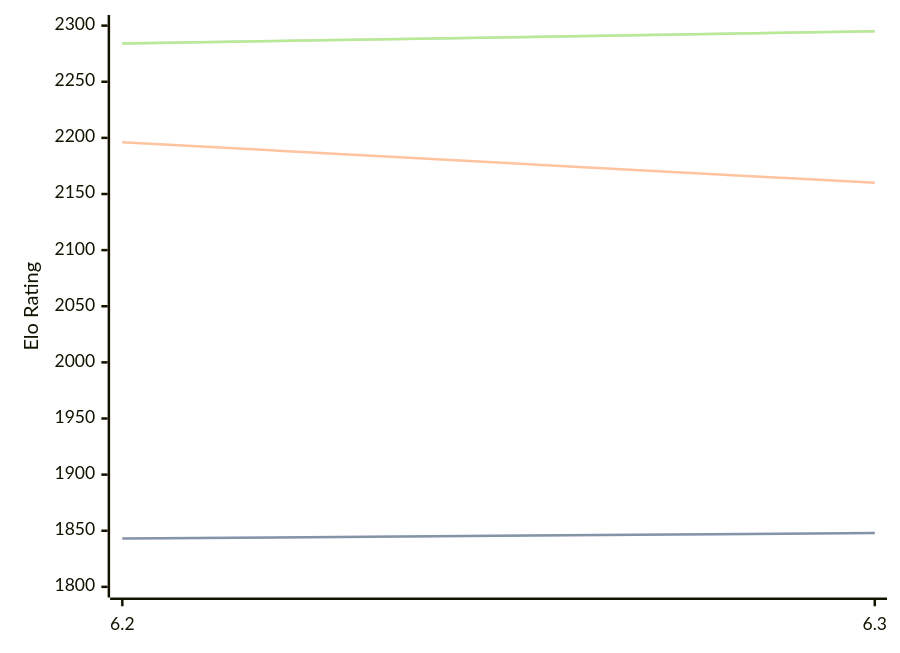
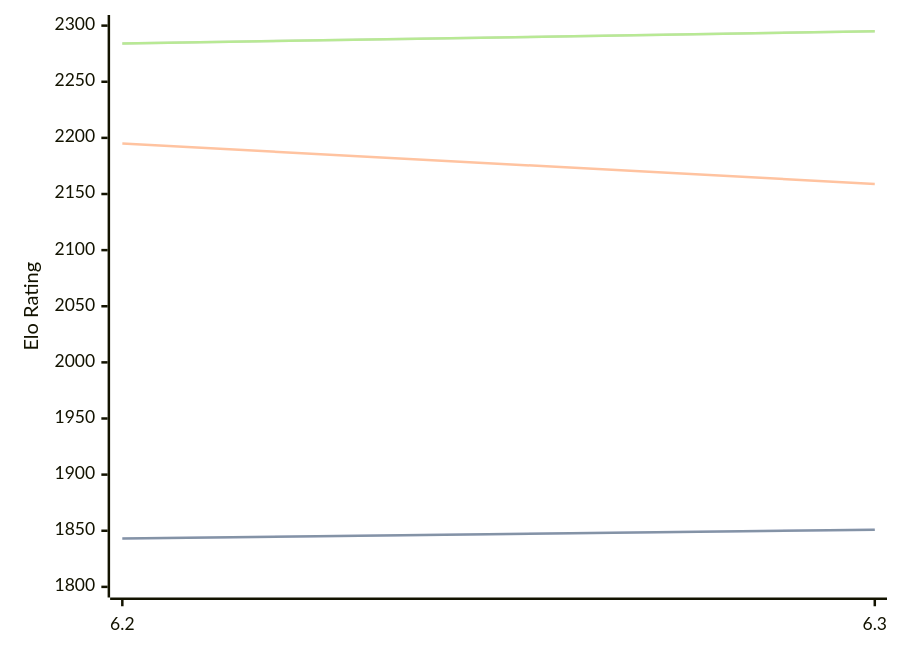
The diagram in engines/chess4j.md (computer-chess-index/cci), drawn with Mermaid before and after one commit. The commit also changed other lines of this file, not shown here.

````diff
--- a/engines/chess4j.md
+++ b/engines/chess4j.md
@@ -38,11 +38,11 @@
 ```mermaid
 %%{init: {"theme":"base","themeVariables":{"seriesColors:['#a3a3a3','#222221','#faa371']}}}%%
 xychart-beta
   x-axis ["6.2", "6.3"]
   y-axis "Elo Rating" 1800 --> 2300
-  line "STC (8.0+0.08s)" [1843, 1848]
-  line "STC (8.0+0.08s)" [1843, 1848]
-  line "LTC (60.0+0.60s)" [2196, 2160]
+  line "STC (8.0+0.08s)" [1843, 1851]
+  line "STC (8.0+0.08s)" [1843, 1851]
+  line "LTC (60.0+0.60s)" [2195, 2159]
   line "VLTC (2m24s+1.12s)" [2284, 2295]
   line "VLTC (2m24s+1.12s)" [2284, 2295]
 ```
````
